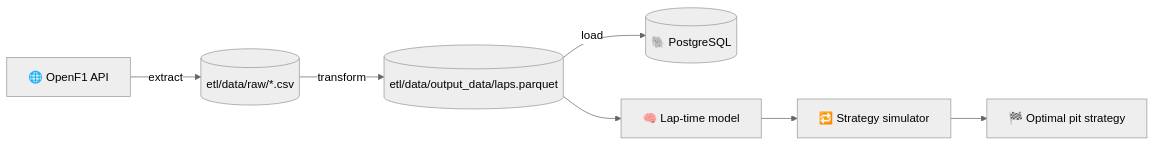
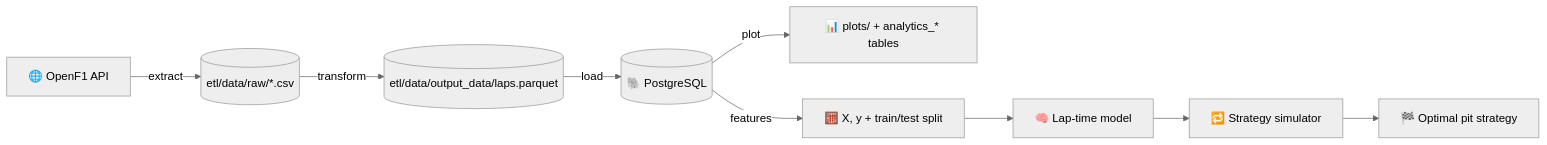
Before and after one commit to anabbarbosa/predictive_race_strategy: the diagram in README.md, drawn with Mermaid (neutral theme). The commit also changed other lines of this file, not shown here.

````diff
--- a/README.md
+++ b/README.md
@@ -39,9 +39,11 @@
 ```mermaid
 flowchart LR
     A[🌐 OpenF1 API] -->|extract| B[(etl/data/raw/*.csv)]
     B -->|transform| C[(etl/data/output_data/laps.parquet)]
     C -->|load| D[(🐘 PostgreSQL)]
-    C --> E[🧠 Lap-time model]
+    D -->|plot| H[📊 plots/ + analytics_* tables]
+    D -->|features| I[🧮 X, y + train/test split]
+    I --> E[🧠 Lap-time model]
     E --> F[🔁 Strategy simulator]
     F --> G[🏁 Optimal pit strategy]
 ```
````
